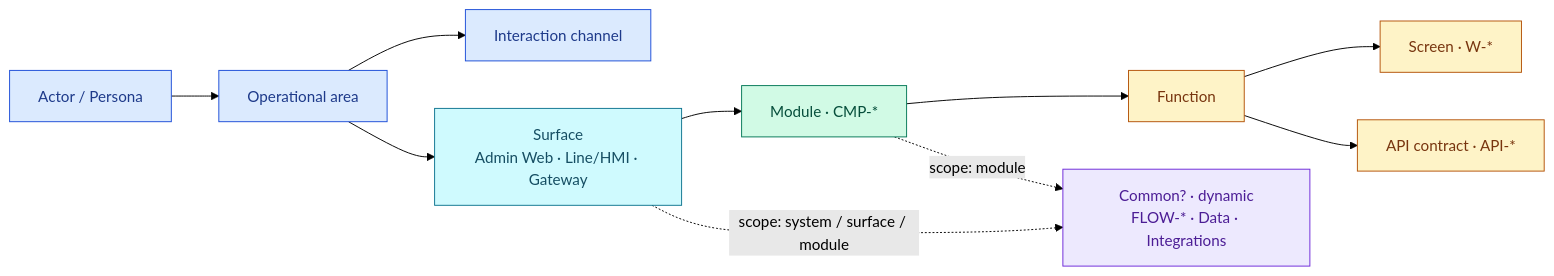
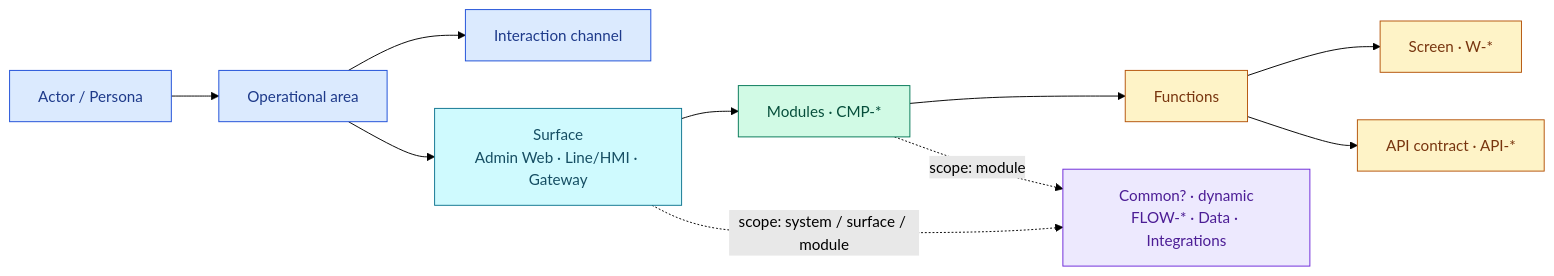
One commit to raintr91/base_docs changed the first of 2 diagrams in platform/guide/SYSTEM-DOC-STRUCTURE.md. Above: the diagram before and after it, drawn with Mermaid (forest theme). The commit also changed other lines of this file and 1 other file, not shown here.

````diff
--- a/platform/guide/SYSTEM-DOC-STRUCTURE.md
+++ b/platform/guide/SYSTEM-DOC-STRUCTURE.md
@@ -45,23 +63,23 @@
 ```mermaid
 flowchart LR
   A["Actor / Persona"] --> O["Operational area"]
   O --> C["Interaction channel"]
   O --> S["Surface<br/>Admin Web · Line/HMI · Gateway"]
-  S --> M["Module · CMP-*"]
-  M --> F["Function"]
+  S --> M["Modules · CMP-*"]
+  M --> F["Functions"]
   F --> W["Screen · W-*"]
   F --> API["API contract · API-*"]
   S -. "scope: system / surface / module" .-> CO["Common? · dynamic<br/>FLOW-* · Data · Integrations"]
   M -. "scope: module" .-> CO
 
   classDef business fill:#DBEAFE,stroke:#1D4ED8,color:#1E3A8A
   classDef surface fill:#CFFAFE,stroke:#0E7490,color:#164E63
   classDef product fill:#D1FAE5,stroke:#047857,color:#064E3B
   classDef detail fill:#FEF3C7,stroke:#B45309,color:#78350F
   classDef flow fill:#EDE9FE,stroke:#6D28D9,color:#4C1D95
   class A,O,C business
   class S surface
   class M product
   class F,W,API detail
   class CO flow
 ```
````
